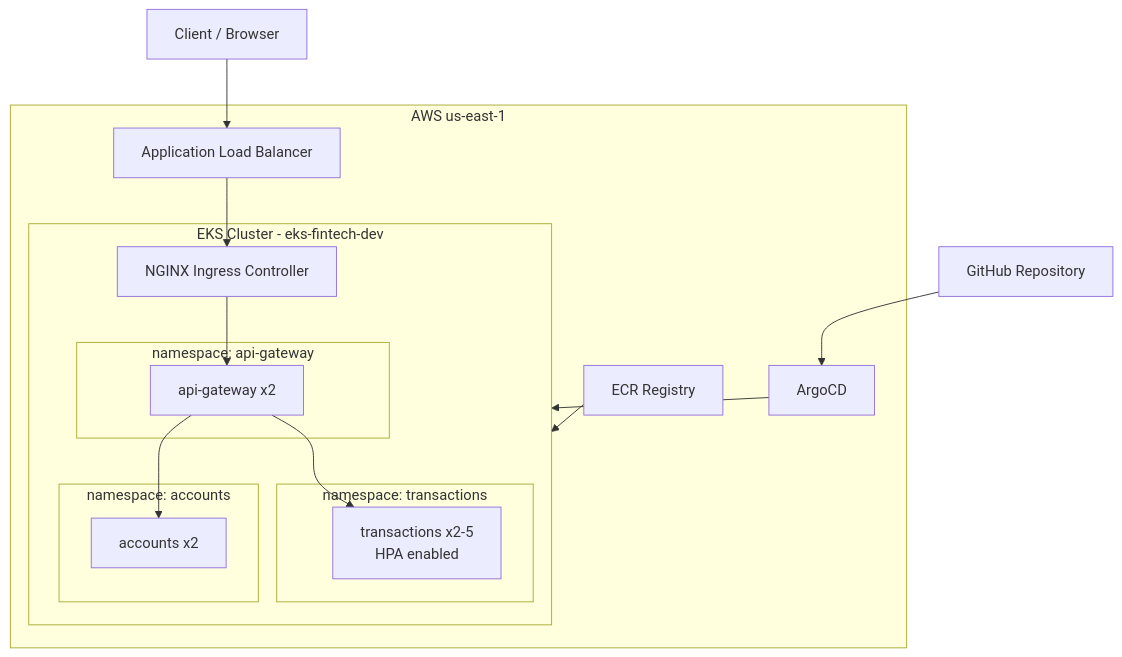
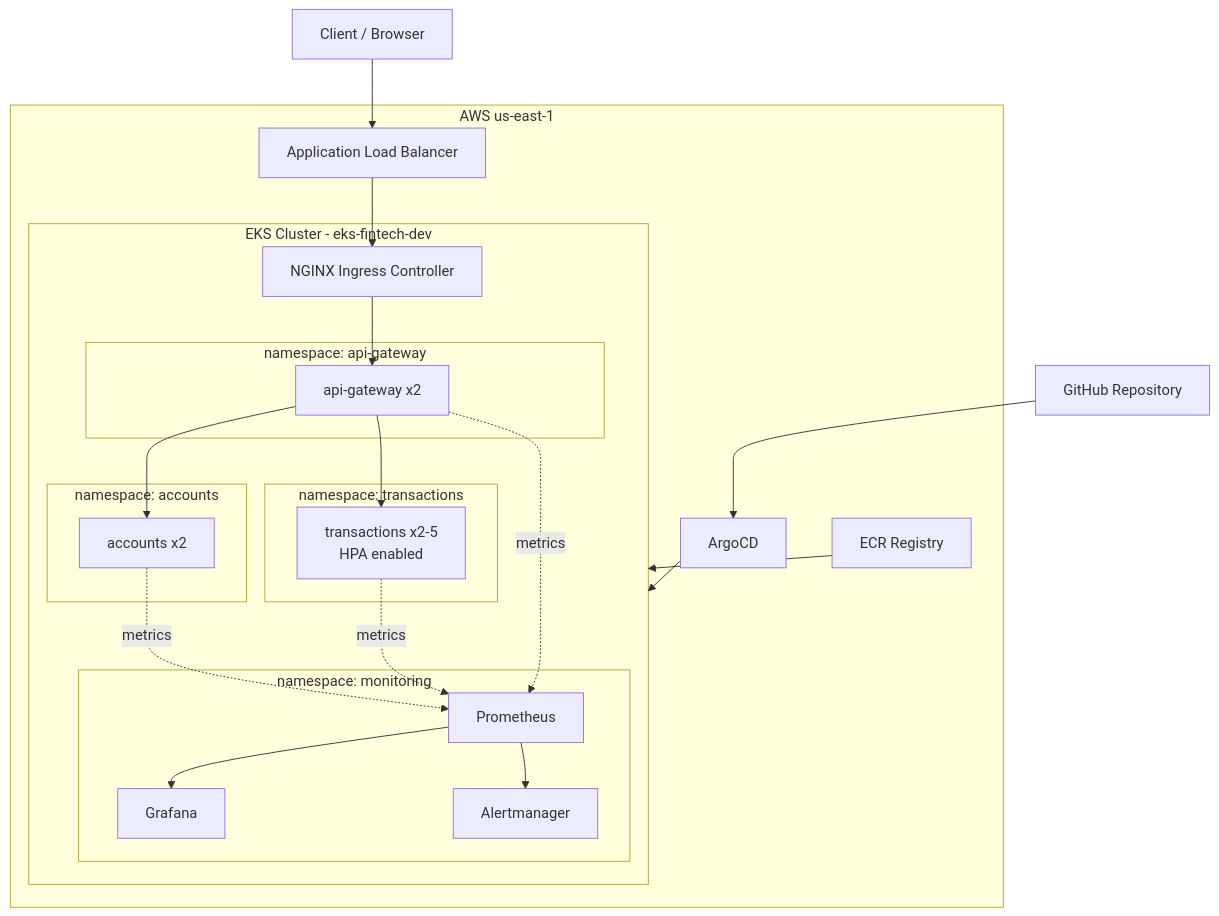
Before and after one commit to bahasaki/eks-fintech-platform: the diagram in README.md, drawn with Mermaid. The commit also changed other lines of this file, not shown here.

````diff
--- a/README.md
+++ b/README.md
@@ -7,38 +7,49 @@
 ```mermaid
 graph TB
     Client[Client / Browser]
     
     subgraph AWS["AWS us-east-1"]
         ALB[Application Load Balancer]
         
         subgraph EKS["EKS Cluster - eks-fintech-dev"]
             NG[NGINX Ingress Controller]
             
             subgraph GW["namespace: api-gateway"]
                 AGW[api-gateway x2]
             end
             
             subgraph AC["namespace: accounts"]
                 ACC[accounts x2]
             end
             
             subgraph TR["namespace: transactions"]
                 TRN[transactions x2-5\nHPA enabled]
             end
+
+            subgraph MON["namespace: monitoring"]
+                PROM[Prometheus]
+                GRAF[Grafana]
+                AM[Alertmanager]
+            end
         end
         
         ECR[ECR Registry]
         ARG[ArgoCD]
     end
     
     GH[GitHub Repository]
     
     Client --> ALB
     ALB --> NG
     NG --> AGW
     AGW --> ACC
     AGW --> TRN
+    ACC -.metrics.-> PROM
+    TRN -.metrics.-> PROM
+    AGW -.metrics.-> PROM
+    PROM --> GRAF
+    PROM --> AM
     GH --> ARG
     ARG --> EKS
     ECR --> EKS
 ```
````
